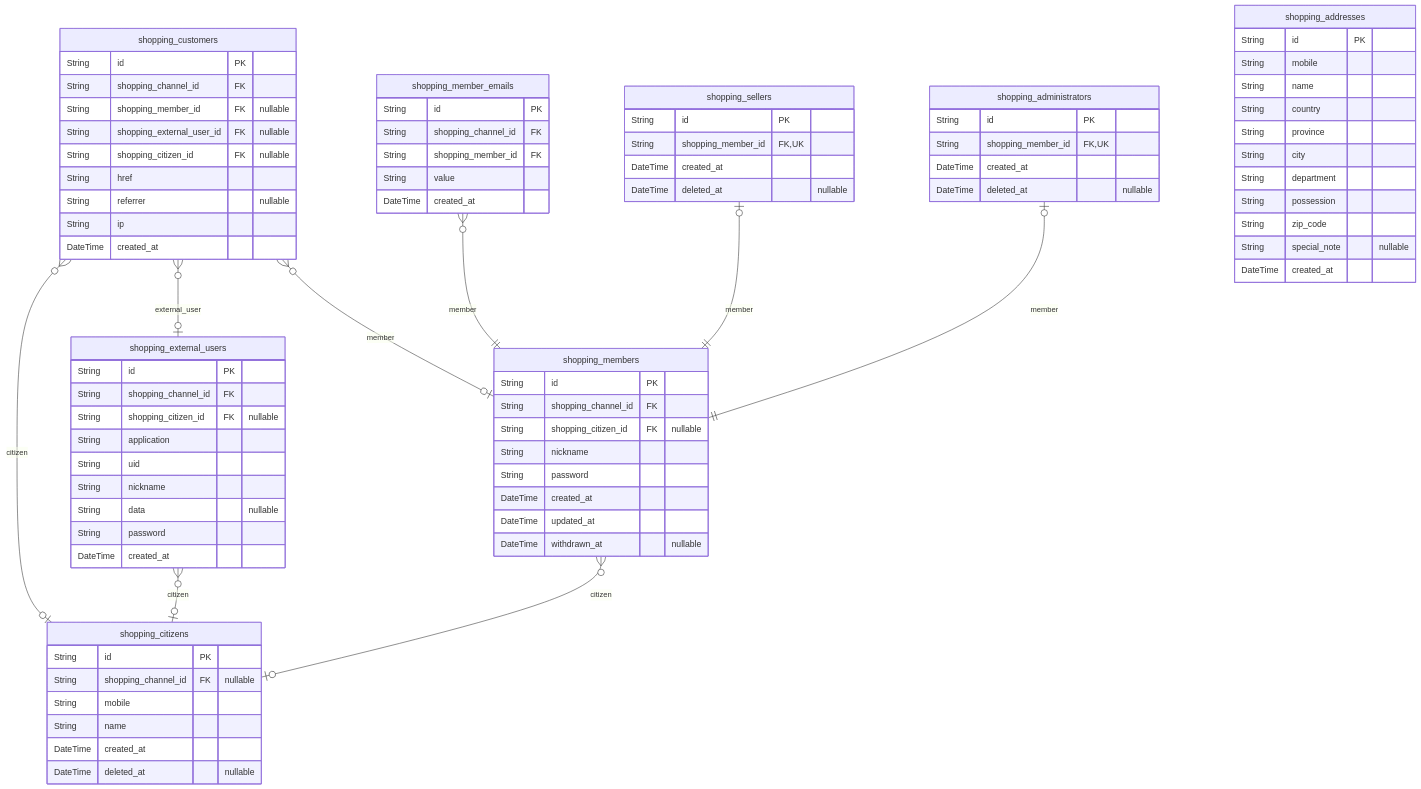
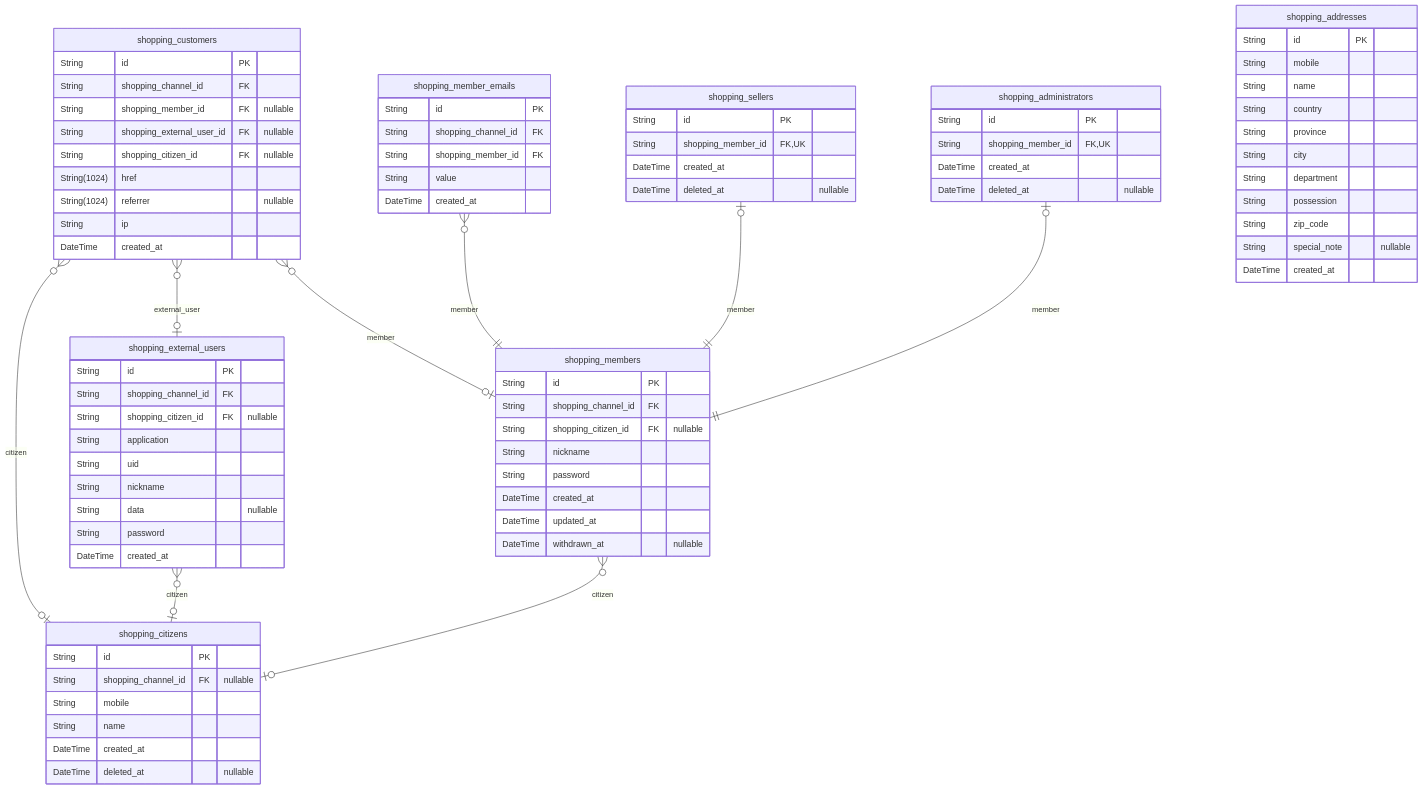
Before and after one commit to samchon/shopping: the third of 10 diagrams in packages/backend/docs/ERD.md, drawn with Mermaid. The commit also changed other lines of this file and 523 other files, not shown here.

```diff
--- a/packages/backend/docs/ERD.md
+++ b/packages/backend/docs/ERD.md
@@ -405,8 +405,8 @@
   String shopping_member_id FK "nullable"
   String shopping_external_user_id FK "nullable"
   String shopping_citizen_id FK "nullable"
-  String href
-  String referrer "nullable"
+  String(1024) href
+  String(1024) referrer "nullable"
   String ip
   DateTime created_at
 }
```
